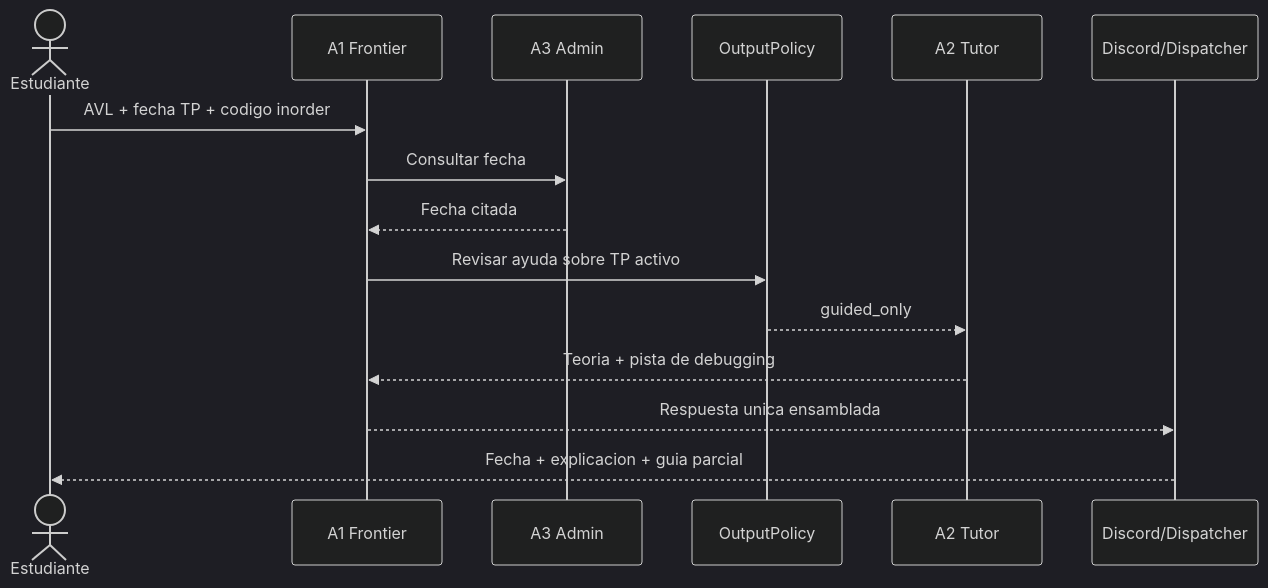
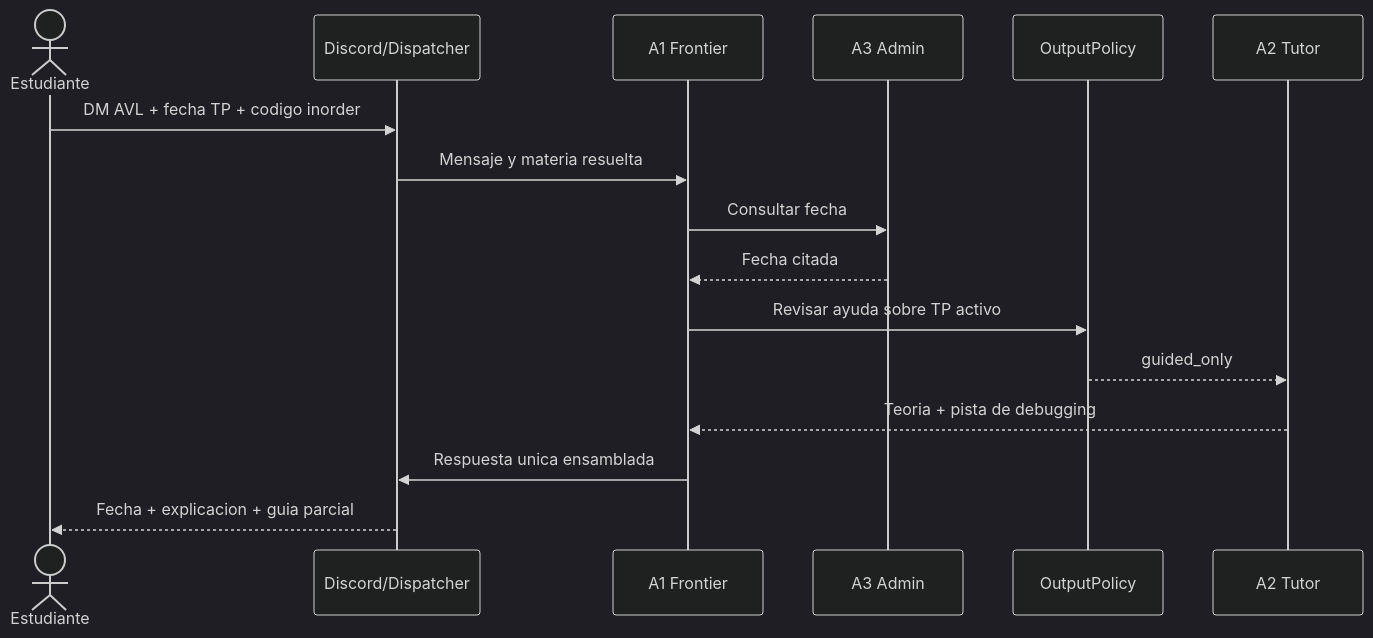
Before and after one commit to berni-245/SMA-Discord-bot: the third of 4 diagrams in spec/06-escenarios-y-trazabilidad.md, drawn with Mermaid (dark theme). The commit also changed other lines of this file and 16 other files, not shown here.

````diff
--- a/spec/06-escenarios-y-trazabilidad.md
+++ b/spec/06-escenarios-y-trazabilidad.md
@@ -73,17 +73,18 @@
 ```mermaid
 sequenceDiagram
     actor E as Estudiante
+    participant D as Discord/Dispatcher
     participant A1 as A1 Frontier
     participant A3 as A3 Admin
     participant OP as OutputPolicy
     participant A2 as A2 Tutor
-    participant D as Discord/Dispatcher
-    E->>A1: AVL + fecha TP + codigo inorder
+    E->>D: DM AVL + fecha TP + codigo inorder
+    D->>A1: Mensaje y materia resuelta
     A1->>A3: Consultar fecha
     A3-->>A1: Fecha citada
     A1->>OP: Revisar ayuda sobre TP activo
     OP-->>A2: guided_only
     A2-->>A1: Teoria + pista de debugging
-    A1-->>D: Respuesta unica ensamblada
+    A1->>D: Respuesta unica ensamblada
     D-->>E: Fecha + explicacion + guia parcial
 ```
````
